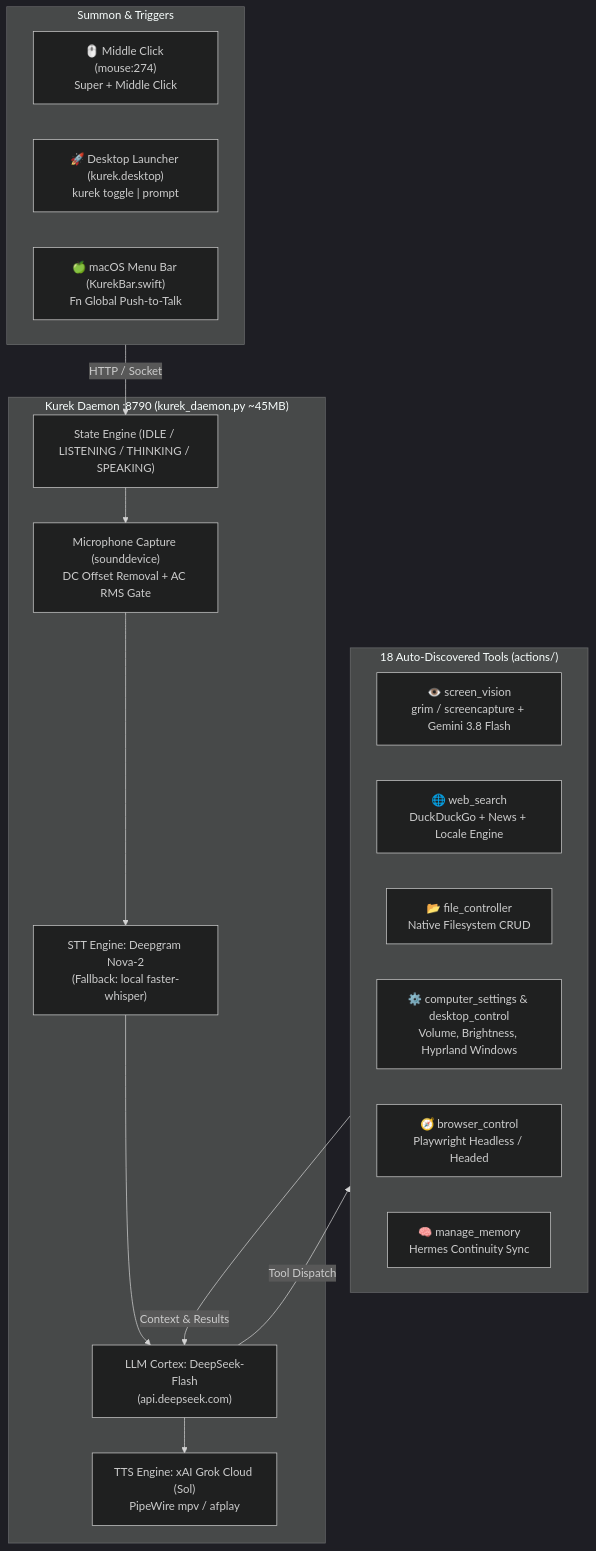
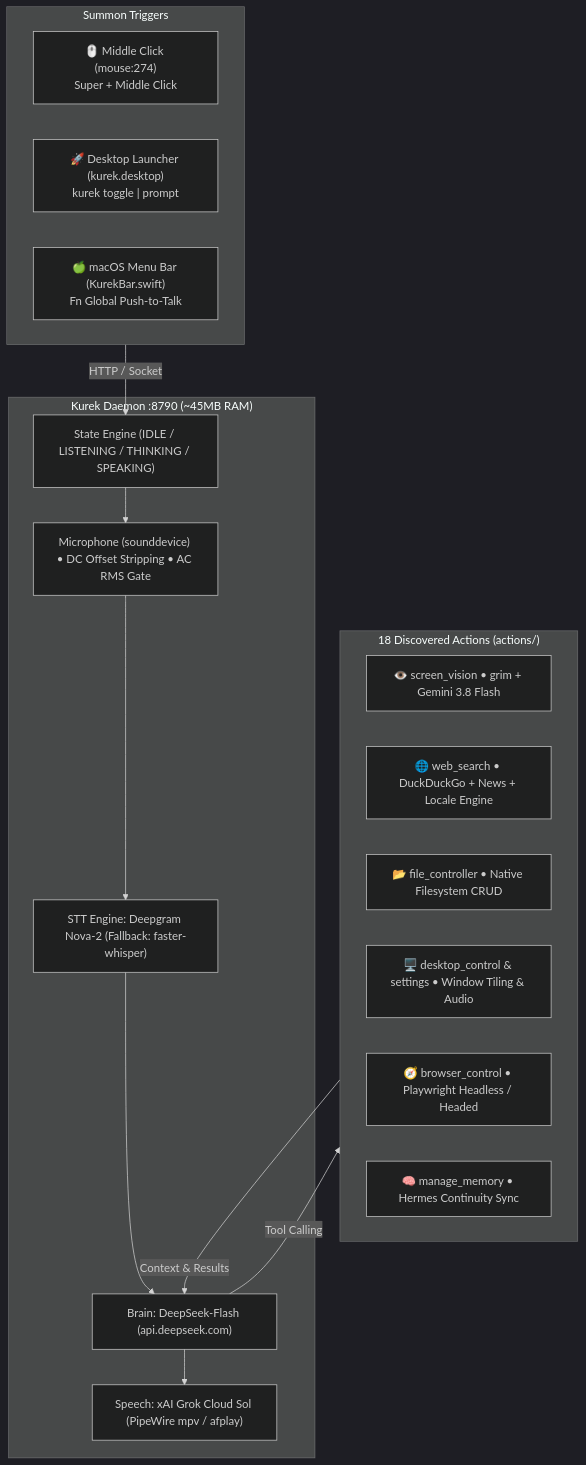
Before and after one commit to nodaysidle/kurekizmo: the diagram in README.md, drawn with Mermaid (dark theme). The commit also changed other lines of this file, not shown here.

````diff
--- a/README.md
+++ b/README.md
@@ -41,31 +41,31 @@
 ```mermaid
 flowchart TD
-    subgraph Inputs ["Summon & Triggers"]
-        MiddleClick["🖱️ Middle Click (mouse:274)\nSuper + Middle Click"]
+    subgraph Inputs ["Summon Triggers"]
+        Mouse["🖱️ Middle Click (mouse:274)\nSuper + Middle Click"]
         Launcher["🚀 Desktop Launcher (kurek.desktop)\nkurek toggle | prompt"]
         MacBar["🍏 macOS Menu Bar (KurekBar.swift)\nFn Global Push-to-Talk"]
     end
 
-    subgraph Daemon ["Kurek Daemon :8790 (kurek_daemon.py ~45MB)"]
+    subgraph Daemon ["Kurek Daemon :8790 (~45MB RAM)"]
         State["State Engine (IDLE / LISTENING / THINKING / SPEAKING)"]
-        AudioIn["Microphone Capture (sounddevice)\nDC Offset Removal + AC RMS Gate"]
-        STT["STT Engine: Deepgram Nova-2\n(Fallback: local faster-whisper)"]
-        Brain["LLM Cortex: DeepSeek-Flash\n(api.deepseek.com)"]
-        TTS["TTS Engine: xAI Grok Cloud (Sol)\nPipeWire mpv / afplay"]
+        Audio["Microphone (sounddevice) • DC Offset Stripping • AC RMS Gate"]
+        STT["STT Engine: Deepgram Nova-2 (Fallback: faster-whisper)"]
+        LLM["Brain: DeepSeek-Flash (api.deepseek.com)"]
+        TTS["Speech: xAI Grok Cloud Sol (PipeWire mpv / afplay)"]
     end
 
-    subgraph Actions ["18 Auto-Discovered Tools (actions/)"]
-        Vision["👁️ screen_vision\ngrim / screencapture + Gemini 3.8 Flash"]
-        Web["🌐 web_search\nDuckDuckGo + News + Locale Engine"]
-        Files["📂 file_controller\nNative Filesystem CRUD"]
-        Settings["⚙️ computer_settings & desktop_control\nVolume, Brightness, Hyprland Windows"]
-        Browser["🧭 browser_control\nPlaywright Headless / Headed"]
-        Memory["🧠 manage_memory\nHermes Continuity Sync"]
+    subgraph Tools ["18 Discovered Actions (actions/)"]
+        Vision["👁️ screen_vision • grim + Gemini 3.8 Flash"]
+        Web["🌐 web_search • DuckDuckGo + News + Locale Engine"]
+        Files["📂 file_controller • Native Filesystem CRUD"]
+        Desktop["🖥️ desktop_control & settings • Window Tiling & Audio"]
+        Browser["🧭 browser_control • Playwright Headless / Headed"]
+        Memory["🧠 manage_memory • Hermes Continuity Sync"]
     end
 
     Inputs -->|HTTP / Socket| State
-    State --> AudioIn --> STT --> Brain
-    Brain -->|Tool Dispatch| Actions
-    Actions -->|Context & Results| Brain
-    Brain --> TTS
+    State --> Audio --> STT --> LLM
+    LLM -->|Tool Calling| Tools
+    Tools -->|Context & Results| LLM
+    LLM --> TTS
 ```
````
